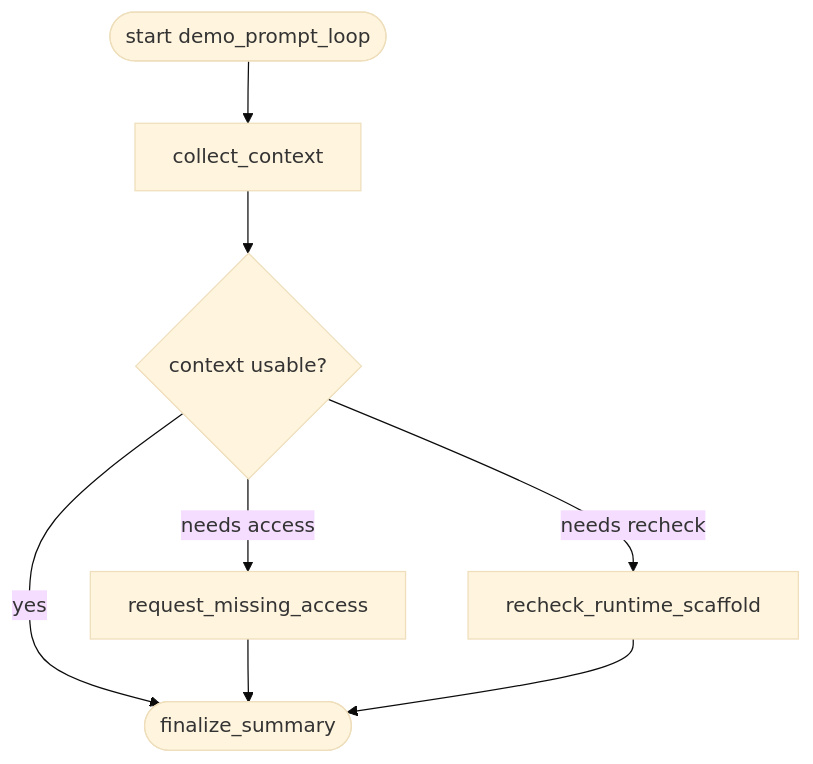
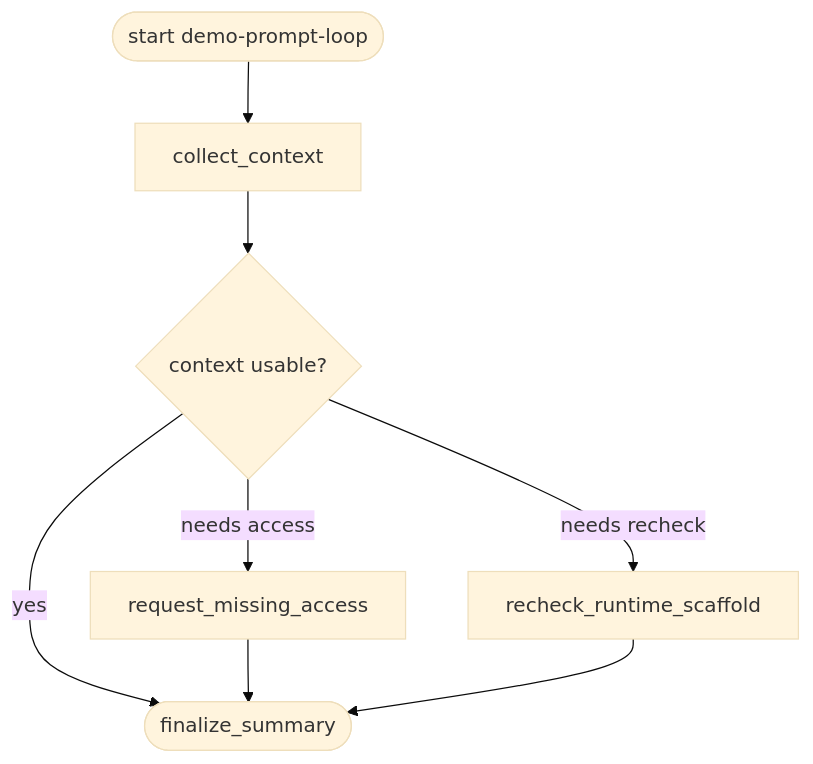
Before and after one commit to onesmash/slm-as-harness: the diagram in skills/durable-workflow-runtime/workflow-runtime/workflows/demo_prompt_loop/references/flowchart.md, drawn with Mermaid (base theme). The commit also changed other lines of this file and 69 other files, not shown here.

````diff
--- a/skills/durable-workflow-runtime/workflow-runtime/workflows/demo_prompt_loop/references/flowchart.md
+++ b/skills/durable-workflow-runtime/workflow-runtime/workflows/demo_prompt_loop/references/flowchart.md
@@ -15,10 +15,10 @@
 ```mermaid
 flowchart TD
-    start([start demo_prompt_loop]) --> collect_context[collect_context]
+    start([start demo-prompt-loop]) --> collect_context[collect_context]
     collect_context --> outcome{context usable?}
     outcome -->|yes| finalize_summary([finalize_summary])
     outcome -->|needs access| request_missing_access[request_missing_access]
     outcome -->|needs recheck| recheck_runtime_scaffold[recheck_runtime_scaffold]
     request_missing_access --> finalize_summary
     recheck_runtime_scaffold --> finalize_summary
 ```
````
